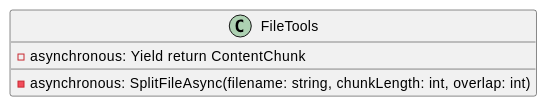
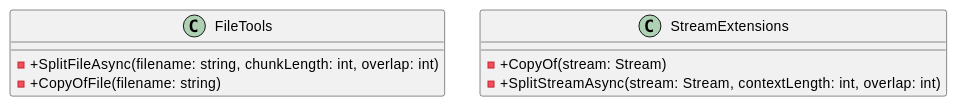
The first of 3 diagrams in docs/generated/Framework/Eliassen.Extensions/IO/Documentation.md (mwwhited-forks/dotnet-libs), drawn with PlantUML before and after one commit. The commit also changed other lines of this file and 444 other files, not shown here.

````diff
--- a/docs/generated/Framework/Eliassen.Extensions/IO/Documentation.md
+++ b/docs/generated/Framework/Eliassen.Extensions/IO/Documentation.md
@@ -40,7 +9,14 @@
+```plantuml
 @startuml
 class FileTools {
-  -asynchronous: SplitFileAsync(filename: string, chunkLength: int, overlap: int)
-  -asynchronous: Yield return ContentChunk
+  -+SplitFileAsync(filename: string, chunkLength: int, overlap: int)
+  -+CopyOfFile(filename: string)
+}
+
+class StreamExtensions {
+  -+CopyOf(stream: Stream)
+  -+SplitStreamAsync(stream: Stream, contextLength: int, overlap: int)
 }
 
 @enduml
+```
````
